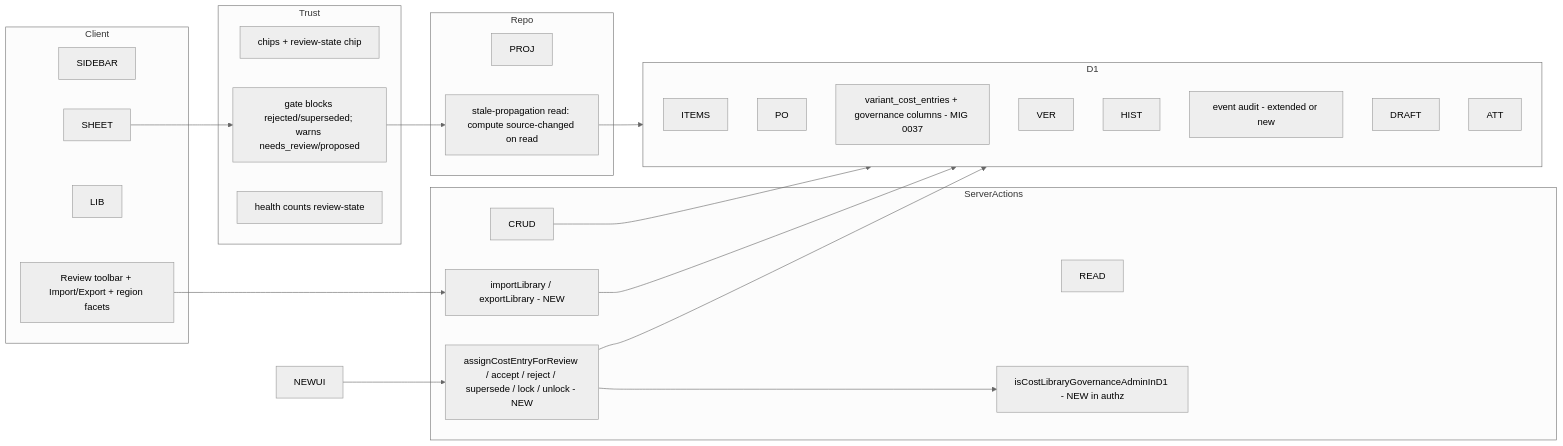
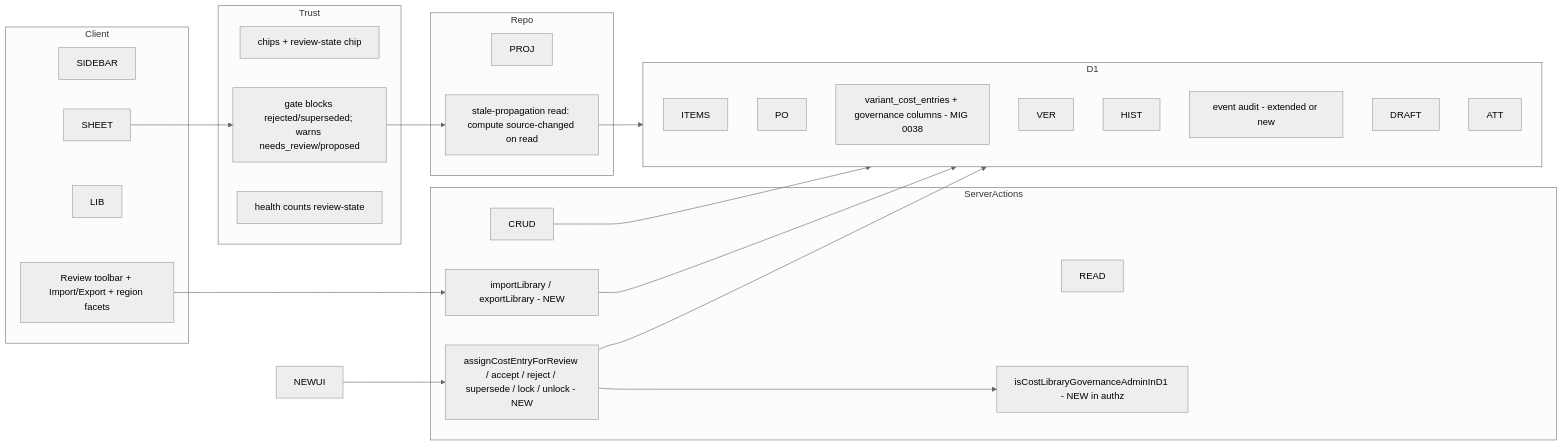
Before and after one commit to pjel888/archestimator: the second of 4 diagrams in .ai/03_plans/2026-07-07-cost-library-data-governance-and-source-trust/06_ARCHITECTURE_AND_TECHNICAL_DESIGN.md, drawn with Mermaid (neutral theme). The commit also changed other lines of this file and 146 other files, not shown here.

````diff
--- a/.ai/03_plans/2026-07-07-cost-library-data-governance-and-source-trust/06_ARCHITECTURE_AND_TECHNICAL_DESIGN.md
+++ b/.ai/03_plans/2026-07-07-cost-library-data-governance-and-source-trust/06_ARCHITECTURE_AND_TECHNICAL_DESIGN.md
@@ -50,44 +50,44 @@
 ```mermaid
 flowchart LR
   subgraph Client
     SIDEBAR
     SHEET
     LIB
     NEWUI[Review toolbar + Import/Export + region facets]
   end
   subgraph ServerActions
     CRUD
     READ
     REVIEW[assignCostEntryForReview / accept / reject / supersede / lock / unlock - NEW]
     IMPORT[importLibrary / exportLibrary - NEW]
     AUTZHELP[isCostLibraryGovernanceAdminInD1 - NEW in authz]
   end
   subgraph Repo
     PROJ
     STALE[stale-propagation read: compute source-changed on read]
   end
   subgraph Trust
     CHIPS2[chips + review-state chip]
     GATE2[gate blocks rejected/superseded; warns needs_review/proposed]
     HEALTH2[health counts review-state]
   end
   subgraph D1
     ITEMS
     PO
-    CE2[variant_cost_entries + governance columns - MIG 0037]
+    CE2[variant_cost_entries + governance columns - MIG 0038]
     VER
     HIST
     REV[event audit - extended or new]
     DRAFT
     ATT
   end
   CLIENTUI[NEWUI] --> REVIEW
   NEWUI --> IMPORT
   REVIEW --> AUTZHELP
   REVIEW --> D1
   IMPORT --> D1
   CRUD --> D1
   SHEET --> GATE2
   GATE2 --> STALE
   STALE --> D1
 ```
````
